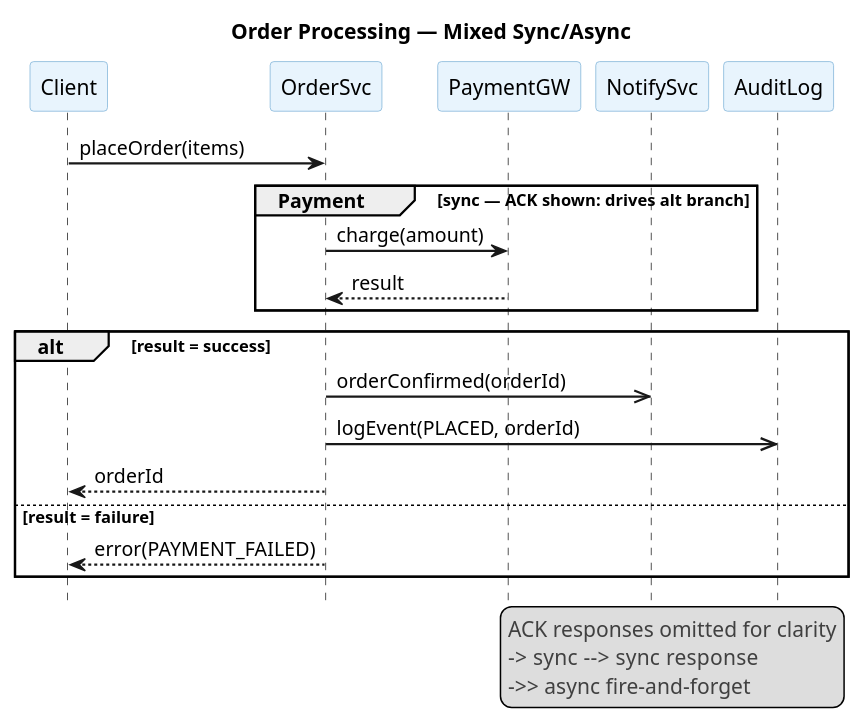
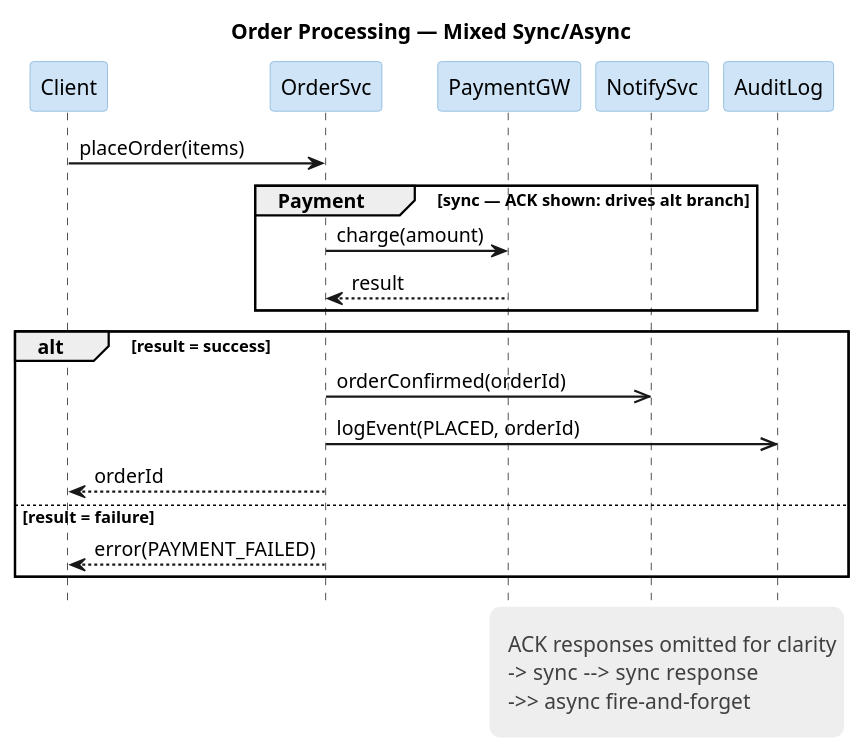
Before and after one commit to artem-from-ua/claude-plugins: the third of 3 diagrams in plugins/plantuml/skills/plantuml-diagram-guide/references/sequence.md, drawn with PlantUML. The commit also changed other lines of this file and 4 other files, not shown here.

First line of the commit message:
feat(plantuml): style legends with skinparams, darken palette fills

````diff
--- a/plugins/plantuml/skills/plantuml-diagram-guide/references/sequence.md
+++ b/plugins/plantuml/skills/plantuml-diagram-guide/references/sequence.md
@@ -80,37 +86,42 @@
 ```plantuml
 @startuml
 hide footbox
 title Order Processing — Mixed Sync/Async
 skinparam sequenceArrowThickness 1.5
 skinparam LifeLineBorderColor #C0C0C0
-skinparam participantBackgroundColor #E8F4FD
+skinparam participantBackgroundColor #CFE4F6
 skinparam participantBorderColor #7FB3D8
+skinparam legendBackgroundColor #EEEEEE
+skinparam legendBorderColor transparent
+skinparam LegendFontColor #404040
 
 participant Client
 participant OrderSvc
 participant PaymentGW
 participant NotifySvc
 participant AuditLog
 
 Client -> OrderSvc: placeOrder(items)
 
 group Payment [sync — ACK shown: drives alt branch]
   OrderSvc -> PaymentGW: charge(amount)
   PaymentGW --> OrderSvc: result
 end
 
 alt result = success
   OrderSvc ->> NotifySvc: orderConfirmed(orderId)
   OrderSvc ->> AuditLog: logEvent(PLACED, orderId)
   OrderSvc --> Client: orderId
 else result = failure
   OrderSvc --> Client: error(PAYMENT_FAILED)
 end
 
 legend right
-  <color:#404040>ACK responses omitted for clarity</color>
-  <color:#404040>-> sync  --> sync response</color>
-  <color:#404040>->> async fire-and-forget</color>
+  <size:6> </size>
+    ACK responses omitted for clarity
+    -> sync  --> sync response
+    ->> async fire-and-forget
+  <size:6> </size>
 end legend
 @enduml
 ```
````
